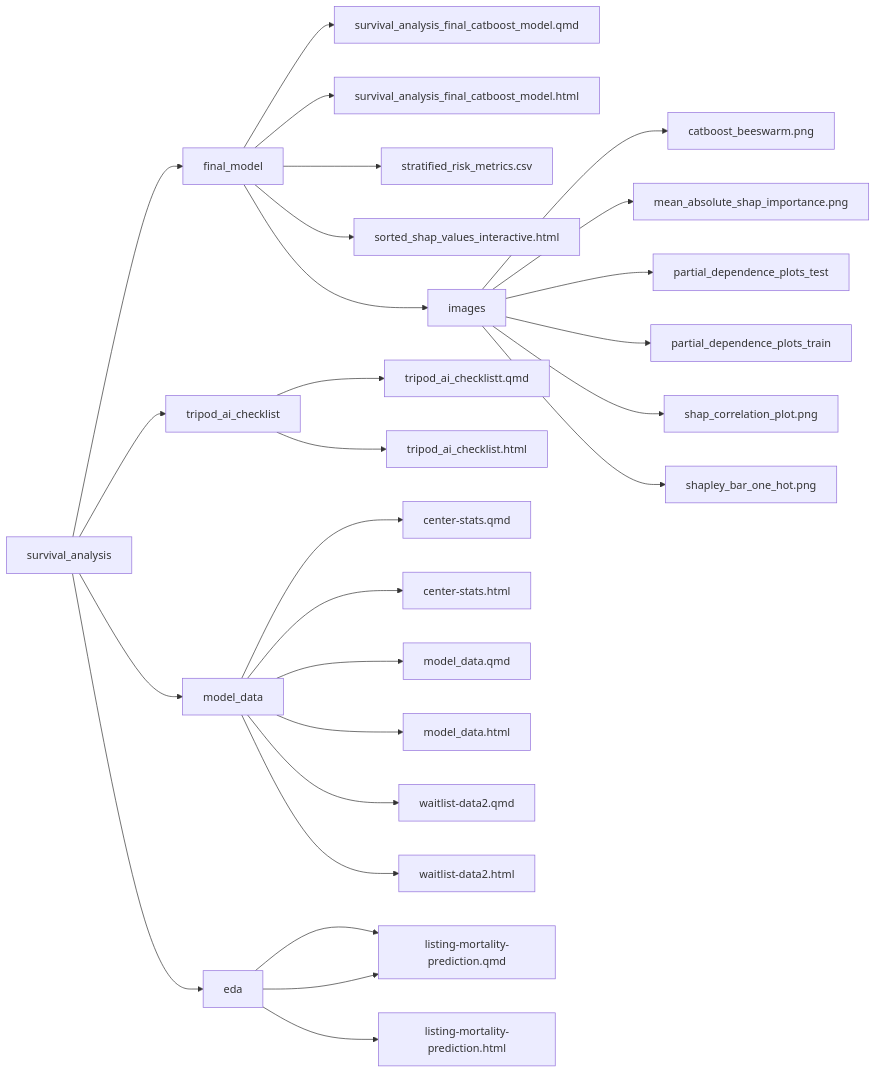
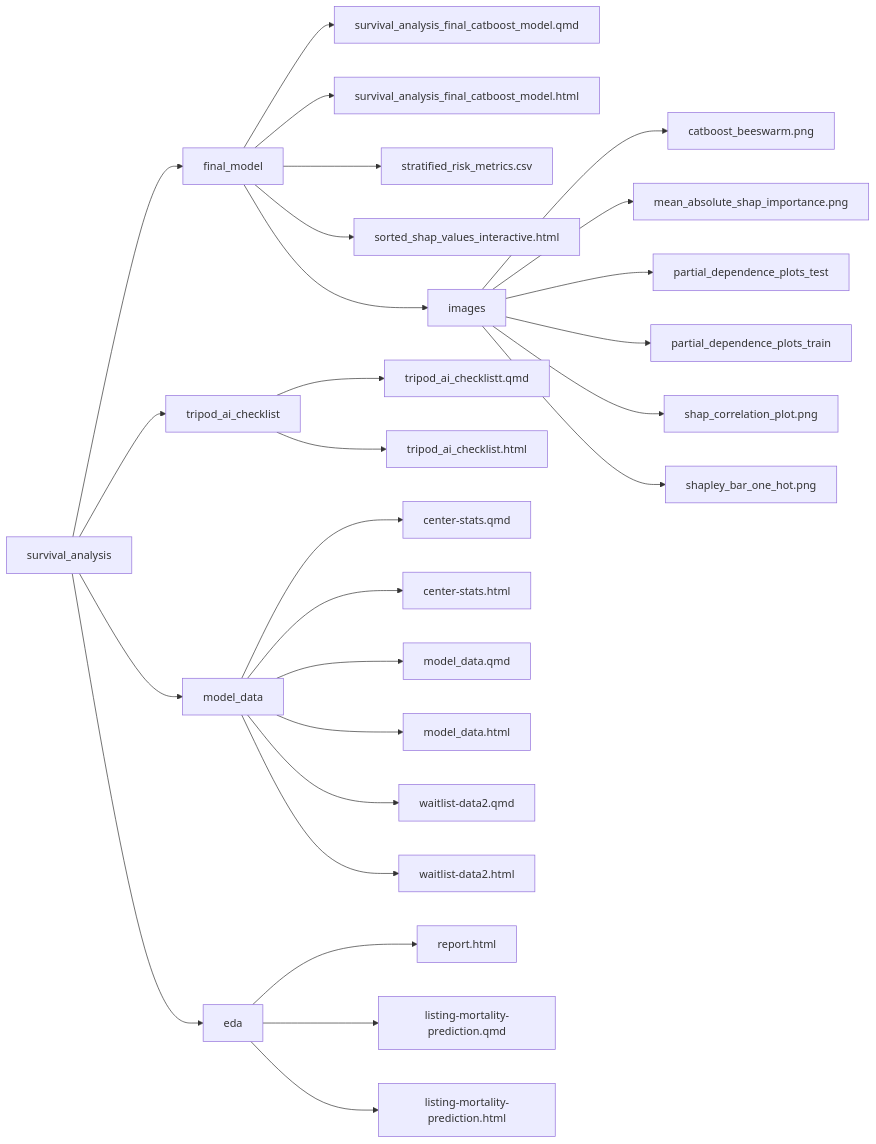
One commit to Jerome3590/survival_analysis changed the diagram in README.md. Above: the diagram before and after it, drawn with Mermaid.

````diff
--- a/README.md
+++ b/README.md
@@ -7,29 +7,29 @@
 ```mermaid
 graph LR
   A[survival_analysis] --> B[final_model]
   B --> B1[survival_analysis_final_catboost_model.qmd]
   B --> B2[survival_analysis_final_catboost_model.html]
   B --> B3[stratified_risk_metrics.csv]
   B --> B4[sorted_shap_values_interactive.html]
   B --> C[images]
   C --> C1[catboost_beeswarm.png]
   C --> C2[mean_absolute_shap_importance.png]
   C --> C3[partial_dependence_plots_test]
   C --> C4[partial_dependence_plots_train]
   C --> C5[shap_correlation_plot.png]
   C --> C6[shapley_bar_one_hot.png]
   A --> D[tripod_ai_checklist]
   D --> D1[tripod_ai_checklistt.qmd]
   D --> D2[tripod_ai_checklist.html]
   A --> F[model_data]
   F --> F1[center-stats.qmd]
   F --> F2[center-stats.html]
   F --> F3[model_data.qmd]
   F --> F4[model_data.html]
   F --> F5[waitlist-data2.qmd]
   F --> F6[waitlist-data2.html]
   A --> G[eda]
   G --> G1[report.html]
-  G --> G1[listing-mortality-prediction.qmd]
-  G --> G2[listing-mortality-prediction.html]
+  G --> G2[listing-mortality-prediction.qmd]
+  G --> G3[listing-mortality-prediction.html]
 ```
````
